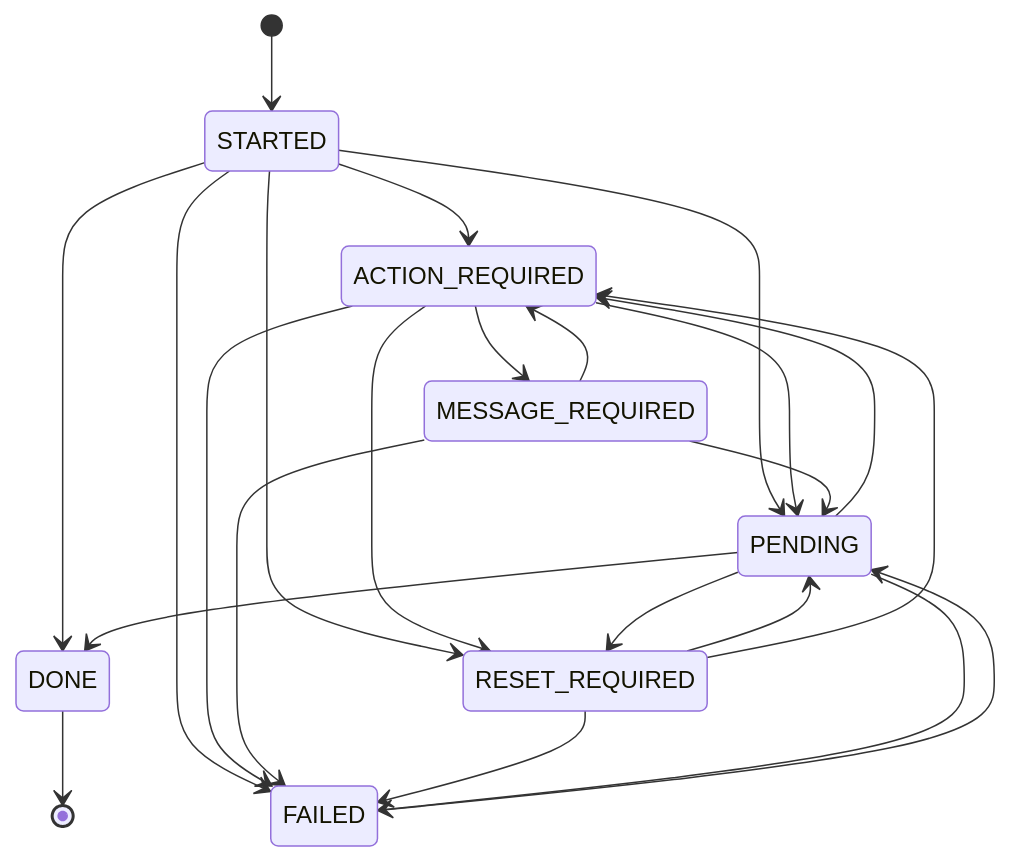
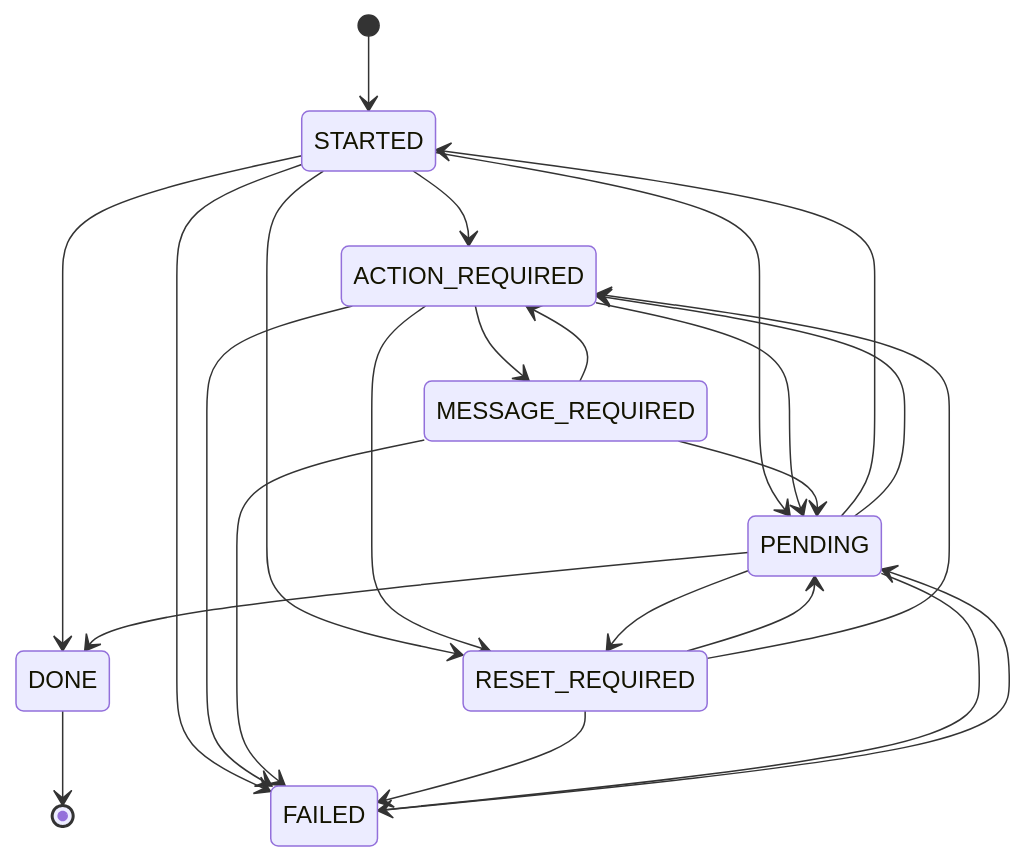
The second of 9 diagrams in packages/sdk/EXECUTION_FLOW.md (lifinance/sdk), drawn with Mermaid before and after one commit. The commit also changed 2 other files, not shown here.

Commit message:
fix: pending to started

````diff
--- a/packages/sdk/EXECUTION_FLOW.md
+++ b/packages/sdk/EXECUTION_FLOW.md
@@ -32,32 +32,33 @@
 ```mermaid
 stateDiagram-v2
     [*] --> STARTED
     
     STARTED --> ACTION_REQUIRED
     STARTED --> PENDING
     STARTED --> RESET_REQUIRED
     STARTED --> FAILED
     STARTED --> DONE
     
     ACTION_REQUIRED --> PENDING
     ACTION_REQUIRED --> MESSAGE_REQUIRED
     ACTION_REQUIRED --> RESET_REQUIRED
     ACTION_REQUIRED --> FAILED
     
     MESSAGE_REQUIRED --> PENDING
     MESSAGE_REQUIRED --> ACTION_REQUIRED
     MESSAGE_REQUIRED --> FAILED
     
     RESET_REQUIRED --> PENDING
     RESET_REQUIRED --> ACTION_REQUIRED
     RESET_REQUIRED --> FAILED
     
+    PENDING --> STARTED
     PENDING --> DONE
     PENDING --> ACTION_REQUIRED
     PENDING --> RESET_REQUIRED
     PENDING --> FAILED
     
     FAILED --> PENDING
     
     DONE --> [*]
 ```
````
